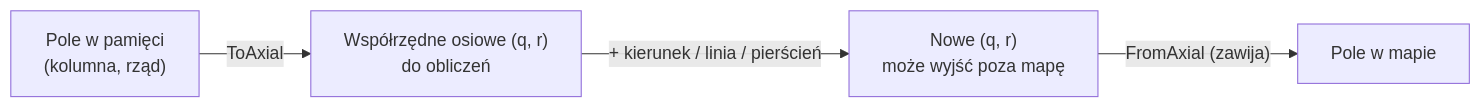
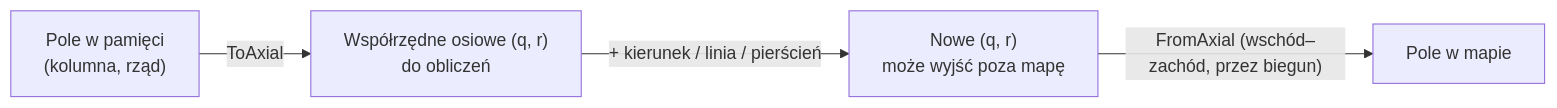
One commit to CoStellar/CivSim2 changed the diagram in docs/systems/map.md. Above: the diagram before and after it, drawn with Mermaid. The commit also changed other lines of this file and 48 other files, not shown here.

````diff
--- a/docs/systems/map.md
+++ b/docs/systems/map.md
@@ -14,6 +14,6 @@
 ```mermaid
 flowchart LR
   P["Pole w pamięci<br/>(kolumna, rząd)"] -- ToAxial --> A["Współrzędne osiowe (q, r)<br/>do obliczeń"]
   A -- "+ kierunek / linia / pierścień" --> A2["Nowe (q, r)<br/>może wyjść poza mapę"]
-  A2 -- "FromAxial (zawija)" --> P2["Pole w mapie"]
+  A2 -- "FromAxial (wschód–zachód, przez biegun)" --> P2["Pole w mapie"]
 ```
````
